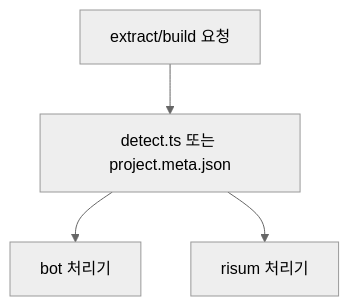
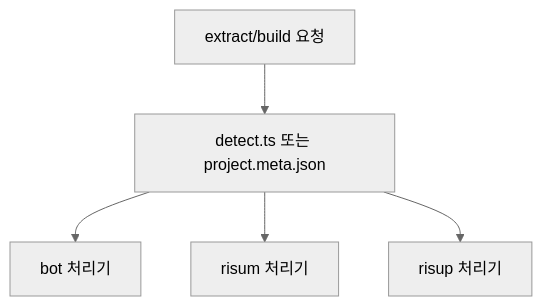
The second of 6 diagrams in docs/project-structure.md (InoriNatsume/RisuPack), drawn with Mermaid (neutral theme) before and after one commit. The commit also changed other lines of this file and 21 other files, not shown here.

````diff
--- a/docs/project-structure.md
+++ b/docs/project-structure.md
@@ -75,6 +85,7 @@
 ```mermaid
 flowchart TD
     A["extract/build 요청"] --> B["detect.ts 또는 project.meta.json"]
     B --> C["bot 처리기"]
     B --> D["risum 처리기"]
+    B --> E["risup 처리기"]
 ```
````
